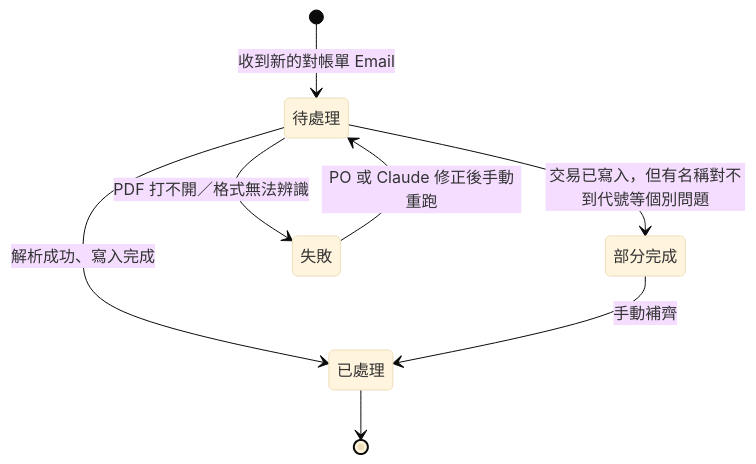
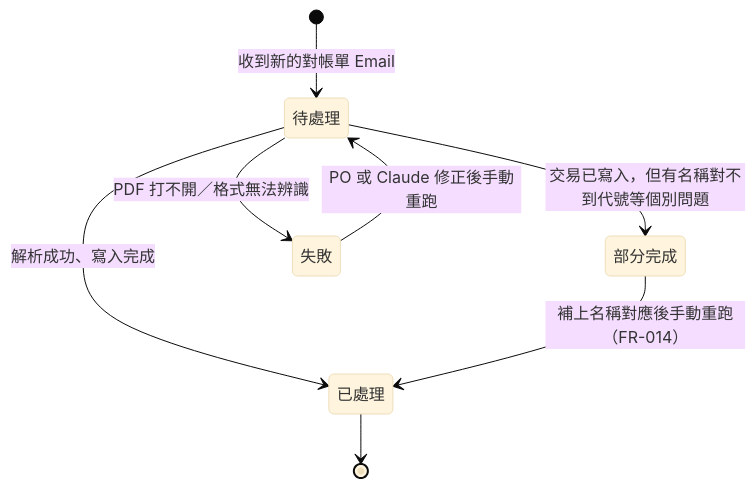
The second of 3 diagrams in docs/spec-intake/broker-statement-import/supporting-artifacts/workflow-and-states.md (standerfly/AlphaVibe), drawn with Mermaid (base theme) before and after one commit. The commit also changed other lines of this file and 12 other files, not shown here.

````diff
--- a/docs/spec-intake/broker-statement-import/supporting-artifacts/workflow-and-states.md
+++ b/docs/spec-intake/broker-statement-import/supporting-artifacts/workflow-and-states.md
@@ -26,10 +28,10 @@
 ```mermaid
 stateDiagram-v2
     [*] --> 待處理: 收到新的對帳單 Email
     待處理 --> 已處理: 解析成功、寫入完成
     待處理 --> 部分完成: 交易已寫入，但有名稱對不到代號等個別問題
     待處理 --> 失敗: PDF 打不開／格式無法辨識
     失敗 --> 待處理: PO 或 Claude 修正後手動重跑
-    部分完成 --> 已處理: 手動補齊
+    部分完成 --> 已處理: 補上名稱對應後手動重跑（FR-014）
     已處理 --> [*]
 ```
````
